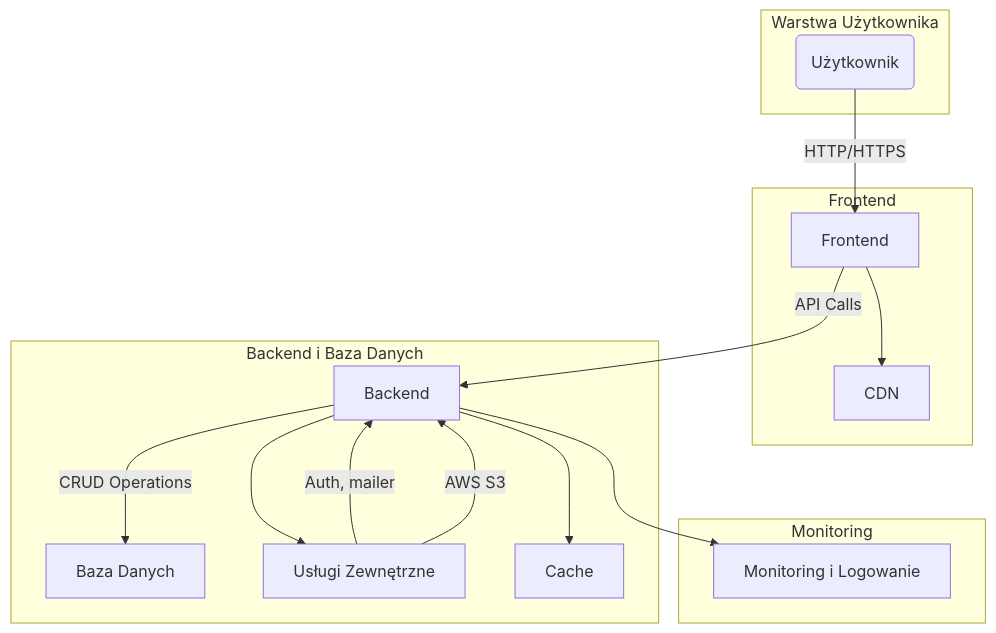
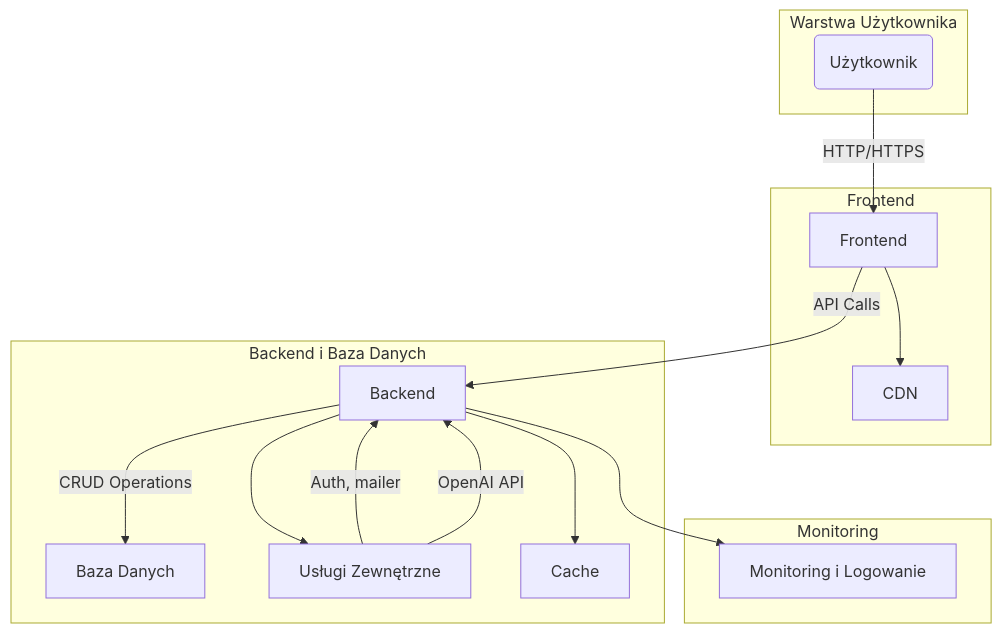
The first of 2 diagrams in doc.md (Spoky03/testownik-react), drawn with Mermaid before and after one commit. The commit also changed other lines of this file and 4 other files, not shown here.

````diff
--- a/doc.md
+++ b/doc.md
@@ -25,46 +25,46 @@
 ```mermaid
 graph TD
     %% Frontend Section
     A[Frontend] -->|API Calls| B[Backend]
     
     %% Backend Section
     B[Backend] -->|CRUD Operations| C[Baza Danych]
     B --> D[Usługi Zewnętrzne]
 
     %% External Services Section
     D -->|Auth, mailer| B
-    D -->|AWS S3| B
+    D -->|OpenAI API| B
     
     %% Monitoring and Logging
     B --> E[Monitoring i Logowanie]
 
     %% User Access
     Z(Użytkownik) -->|HTTP/HTTPS| A
     
     %% Cache Layer (Optional)
     B --> F[Cache]
 
     %% CDN
     A --> G[CDN]
 
     %% Labels
     subgraph "Warstwa Użytkownika"
       Z
     end
     
     subgraph "Frontend"
       A
       G
     end
     
     subgraph "Backend i Baza Danych"
       B
       C
       F
       D
     end
     
     subgraph "Monitoring"
       E
     end
 ```
````
